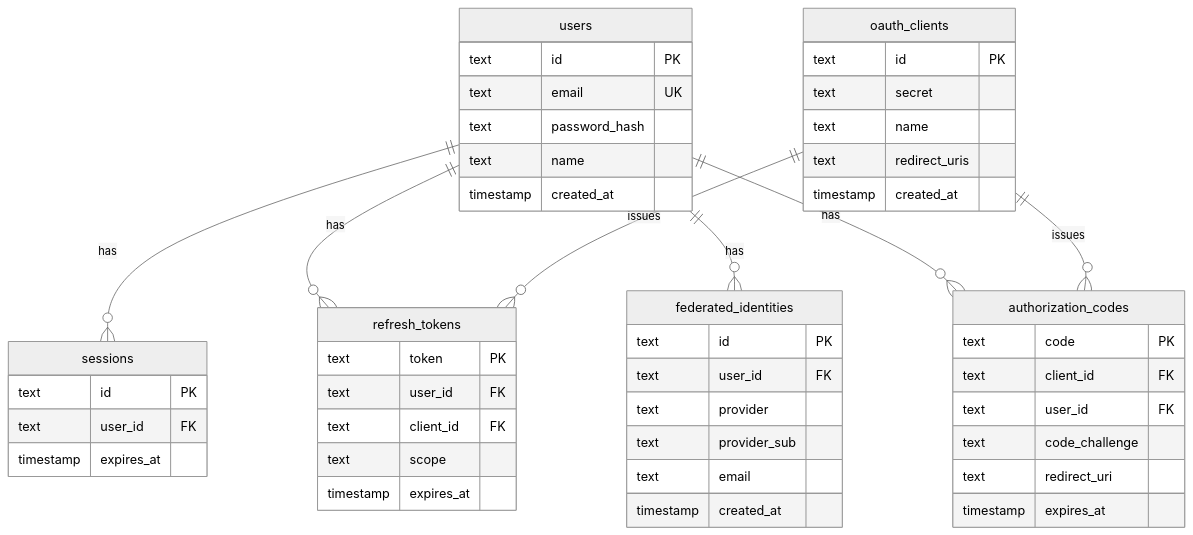
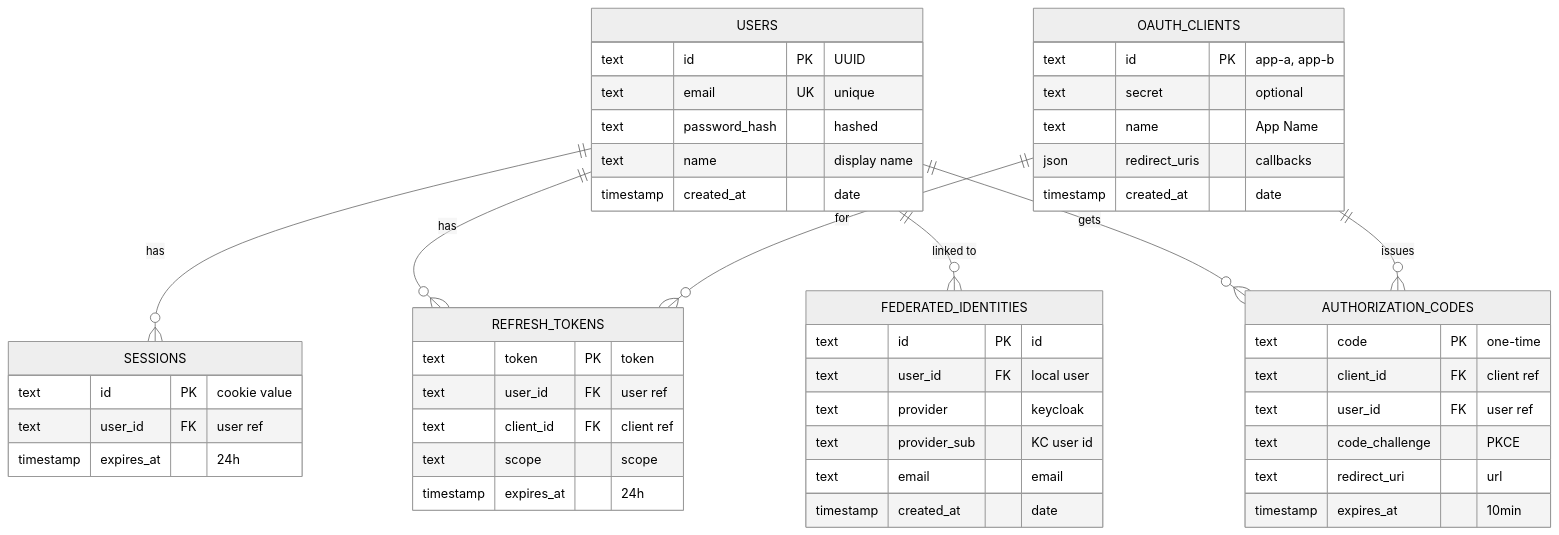
Before and after one commit to ioannis-psomadelis/sso-app: the eighth of 10 diagrams in docs/diagrams/DIAGRAMS_MERMAID.md, drawn with Mermaid (neutral theme). The commit also changed other lines of this file, not shown here.

First line of the commit message:
Improve Mermaid diagrams readability

````diff
--- a/docs/diagrams/DIAGRAMS_MERMAID.md
+++ b/docs/diagrams/DIAGRAMS_MERMAID.md
@@ -241,57 +299,57 @@
 ```mermaid
 erDiagram
-    users ||--o{ sessions : has
-    users ||--o{ refresh_tokens : has
-    users ||--o{ federated_identities : has
-    users ||--o{ authorization_codes : has
-    oauth_clients ||--o{ authorization_codes : issues
-    oauth_clients ||--o{ refresh_tokens : issues
+    USERS ||--o{ SESSIONS : "has"
+    USERS ||--o{ REFRESH_TOKENS : "has"
+    USERS ||--o{ FEDERATED_IDENTITIES : "linked to"
+    USERS ||--o{ AUTHORIZATION_CODES : "gets"
+    OAUTH_CLIENTS ||--o{ AUTHORIZATION_CODES : "issues"
+    OAUTH_CLIENTS ||--o{ REFRESH_TOKENS : "for"
 
-    users {
-        text id PK
-        text email UK
-        text password_hash
-        text name
-        timestamp created_at
+    USERS {
+        text id PK "UUID"
+        text email UK "unique"
+        text password_hash "hashed"
+        text name "display name"
+        timestamp created_at "date"
     }
 
-    oauth_clients {
-        text id PK
-        text secret
-        text name
-        text redirect_uris
-        timestamp created_at
+    OAUTH_CLIENTS {
+        text id PK "app-a, app-b"
+        text secret "optional"
+        text name "App Name"
+        json redirect_uris "callbacks"
+        timestamp created_at "date"
     }
 
-    sessions {
-        text id PK
-        text user_id FK
-        timestamp expires_at
+    SESSIONS {
+        text id PK "cookie value"
+        text user_id FK "user ref"
+        timestamp expires_at "24h"
     }
 
-    authorization_codes {
-        text code PK
-        text client_id FK
-        text user_id FK
-        text code_challenge
-        text redirect_uri
-        timestamp expires_at
+    AUTHORIZATION_CODES {
+        text code PK "one-time"
+        text client_id FK "client ref"
+        text user_id FK "user ref"
+        text code_challenge "PKCE"
+        text redirect_uri "url"
+        timestamp expires_at "10min"
     }
 
-    refresh_tokens {
-        text token PK
-        text user_id FK
-        text client_id FK
-        text scope
-        timestamp expires_at
+    REFRESH_TOKENS {
+        text token PK "token"
+        text user_id FK "user ref"
+        text client_id FK "client ref"
+        text scope "scope"
+        timestamp expires_at "24h"
     }
 
-    federated_identities {
-        text id PK
-        text user_id FK
-        text provider
-        text provider_sub
-        text email
-        timestamp created_at
+    FEDERATED_IDENTITIES {
+        text id PK "id"
+        text user_id FK "local user"
+        text provider "keycloak"
+        text provider_sub "KC user id"
+        text email "email"
+        timestamp created_at "date"
     }
 ```
````
